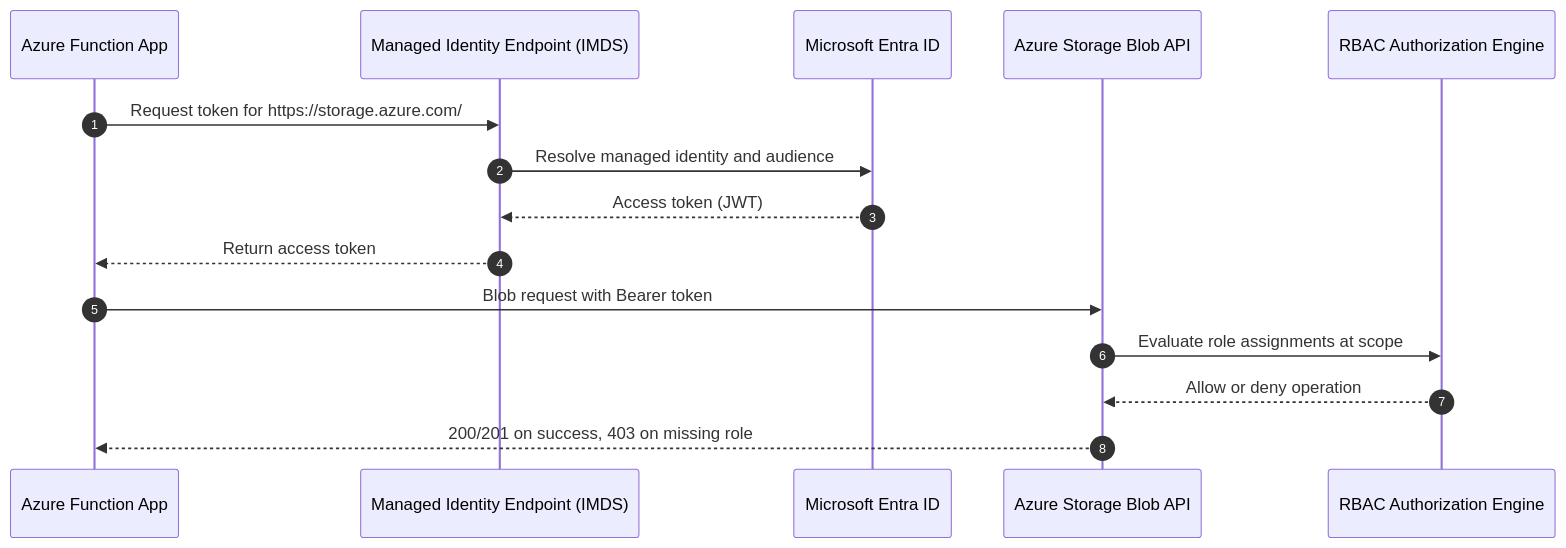
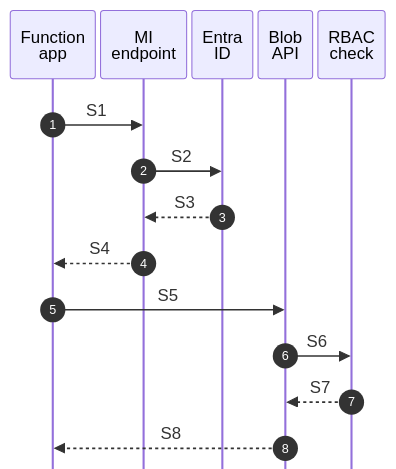
Before and after one commit to yeongseon/azure-functions-practical-guide: the first of 5 diagrams in docs/troubleshooting/lab-guides/managed-identity-auth.md, drawn with Mermaid. The commit also changed other lines of this file and 1 other file, not shown here.

First line of the commit message:
docs(diagrams): migrate Functions lab storage network auth — managed identity auth (#451)

````diff
--- a/docs/troubleshooting/lab-guides/managed-identity-auth.md
+++ b/docs/troubleshooting/lab-guides/managed-identity-auth.md
@@ -133,18 +135,21 @@
 ```mermaid
+%%{init: {"sequence":{"width":40,"actorMargin":5,"diagramMarginX":5,"mirrorActors":false}}}%%
 sequenceDiagram
+    accTitle: Managed identity token and Blob authorization sequence
+    accDescr: Illustrative logical sequence with five roles and eight ordered exchanges; the full S1 to S8 message meanings are in the adjacent key. Token acquisition is separate from Blob authorization.
     autonumber
-    participant Func as Azure Function App
-    participant IMDS as Managed Identity Endpoint (IMDS)
-    participant AAD as Microsoft Entra ID
-    participant Blob as Azure Storage Blob API
-    participant AuthZ as RBAC Authorization Engine
+    participant Func as Function<br/>app
+    participant IMDS as MI<br/>endpoint
+    participant AAD as Entra<br/>ID
+    participant Blob as Blob<br/>API
+    participant AuthZ as RBAC<br/>check
 
-    Func->>IMDS: Request token for https://storage.azure.com/
-    IMDS->>AAD: Resolve managed identity and audience
-    AAD-->>IMDS: Access token (JWT)
-    IMDS-->>Func: Return access token
-    Func->>Blob: Blob request with Bearer token
-    Blob->>AuthZ: Evaluate role assignments at scope
-    AuthZ-->>Blob: Allow or deny operation
-    Blob-->>Func: 200/201 on success, 403 on missing role
+    Func->>IMDS: S1
+    IMDS->>AAD: S2
+    AAD-->>IMDS: S3
+    IMDS-->>Func: S4
+    Func->>Blob: S5
+    Blob->>AuthZ: S6
+    AuthZ-->>Blob: S7
+    Blob-->>Func: S8
 ```
````
